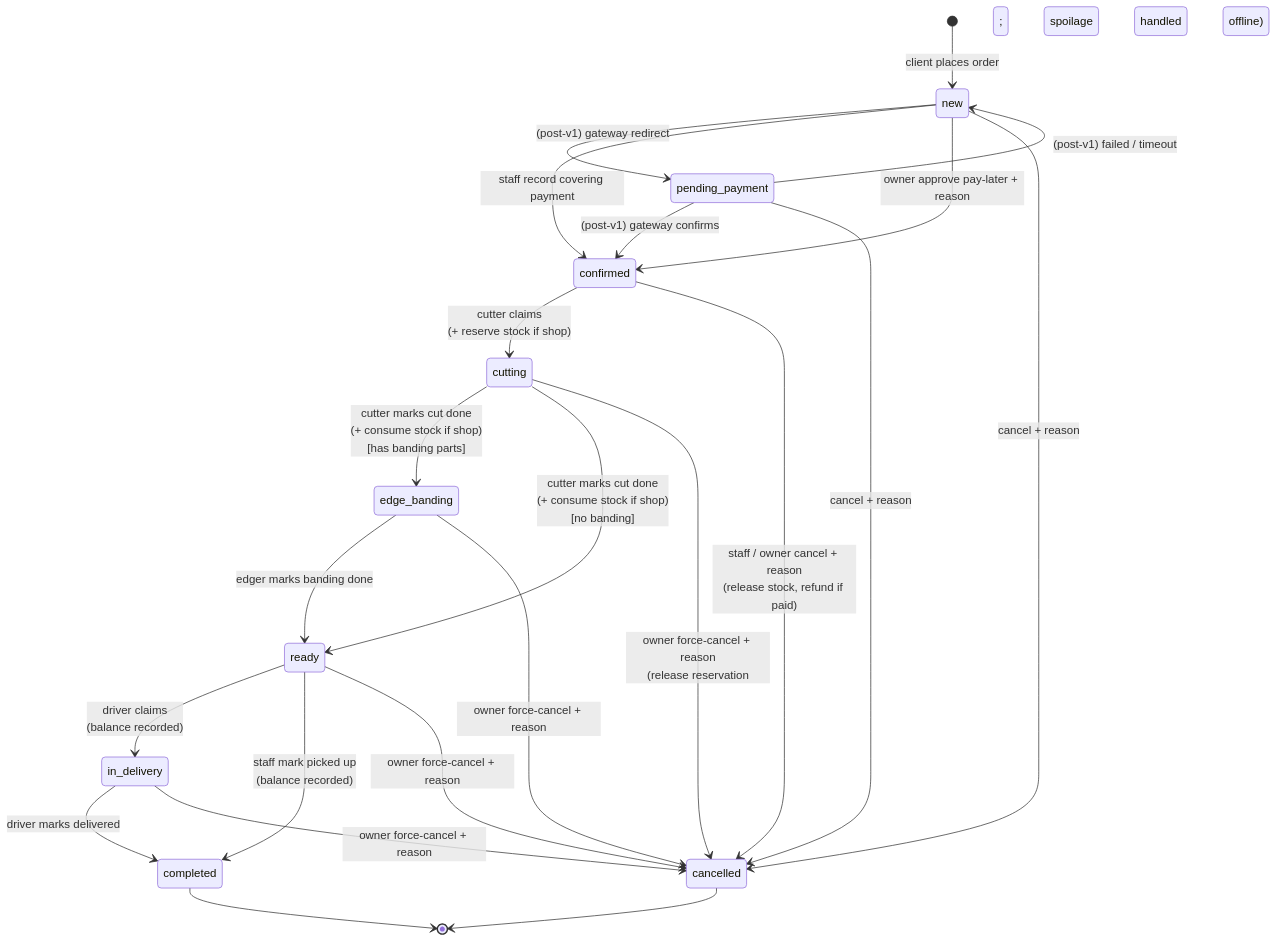
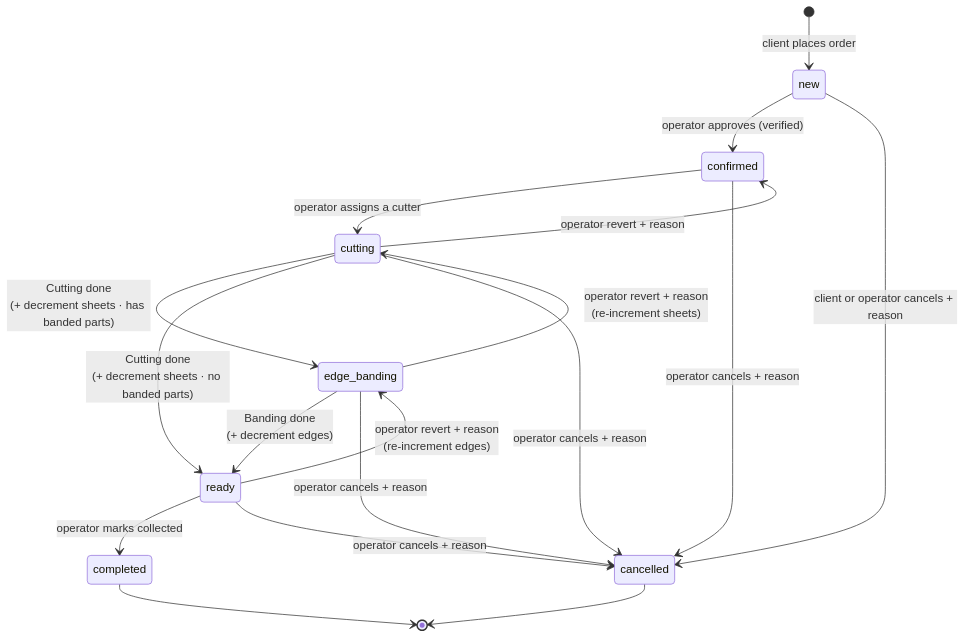
One commit to qadam-uz/mebel-pro changed the diagram in docs/ref/features/orders.md. Above: the diagram before and after it, drawn with Mermaid. The commit also changed other lines of this file and 18 other files, not shown here.

First line of the commit message:
docs: rewrite order flow to the v1 model

````diff
--- a/docs/ref/features/orders.md
+++ b/docs/ref/features/orders.md
@@ -50,32 +53,25 @@
 ```mermaid
 stateDiagram-v2
     [*] --> new : client places order
-    new --> pending_payment : (post-v1) gateway redirect
-    new --> confirmed : staff record covering payment
-    new --> confirmed : owner approve pay-later + reason
-    new --> cancelled : cancel + reason
+    new --> confirmed : operator approves (verified)
+    new --> cancelled : client or operator cancels + reason
 
-    pending_payment --> confirmed : (post-v1) gateway confirms
-    pending_payment --> new : (post-v1) failed / timeout
-    pending_payment --> cancelled : cancel + reason
+    confirmed --> cutting : operator assigns a cutter
+    confirmed --> cancelled : operator cancels + reason
 
-    confirmed --> cutting : cutter claims<br/>(+ reserve stock if shop)
-    confirmed --> cancelled : staff / owner cancel + reason<br/>(release stock, refund if paid)
+    cutting --> edge_banding : Cutting done<br/>(+ decrement sheets · has banded parts)
+    cutting --> ready : Cutting done<br/>(+ decrement sheets · no banded parts)
+    cutting --> confirmed : operator revert + reason
+    cutting --> cancelled : operator cancels + reason
 
-    cutting --> edge_banding : cutter marks cut done<br/>(+ consume stock if shop)<br/>[has banding parts]
-    cutting --> ready : cutter marks cut done<br/>(+ consume stock if shop)<br/>[no banding]
-    cutting --> cancelled : owner force-cancel + reason<br/>(release reservation; spoilage handled offline)
+    edge_banding --> ready : Banding done<br/>(+ decrement edges)
+    edge_banding --> cutting : operator revert + reason<br/>(re-increment sheets)
+    edge_banding --> cancelled : operator cancels + reason
 
-    edge_banding --> ready : edger marks banding done
-    edge_banding --> cancelled : owner force-cancel + reason
-
-    ready --> in_delivery : driver claims<br/>(balance recorded)
-    ready --> completed : staff mark picked up<br/>(balance recorded)
-    ready --> cancelled : owner force-cancel + reason
-
-    in_delivery --> completed : driver marks delivered
-    in_delivery --> cancelled : owner force-cancel + reason
+    ready --> completed : operator marks collected
+    ready --> edge_banding : operator revert + reason<br/>(re-increment edges)
+    ready --> cancelled : operator cancels + reason
 
     completed --> [*]
     cancelled --> [*]
 ```
````
